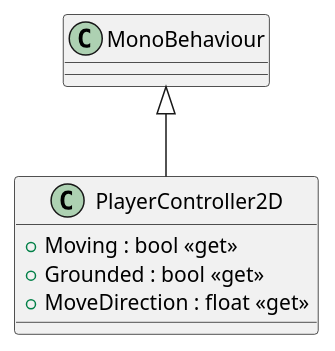
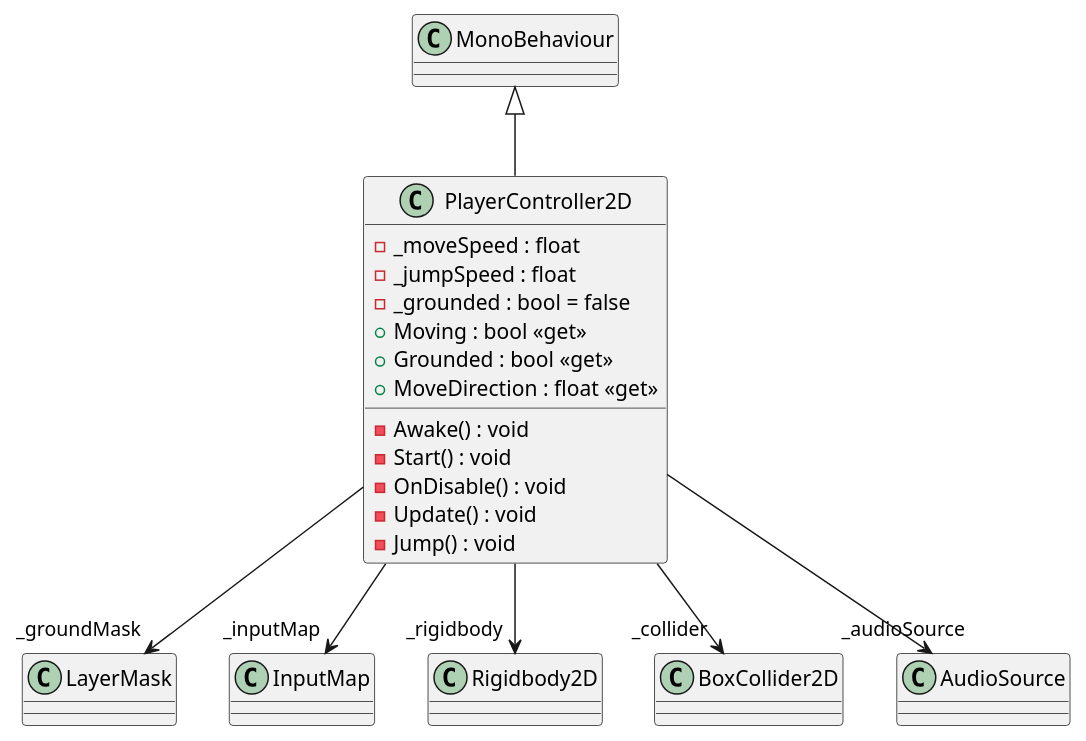
The diagram in UML/Player/PlayerController2D.puml (David-Denny/COMP3013-Team7), drawn with PlantUML before and after one commit. The commit also changed 49 other files, not shown here.

Commit message:
Generate UML (Generate UML)

```diff
--- a/UML/Player/PlayerController2D.puml
+++ b/UML/Player/PlayerController2D.puml
@@ -1,8 +1,21 @@
 @startuml
 class PlayerController2D {
+    - _moveSpeed : float
+    - _jumpSpeed : float
+    - _grounded : bool = false
     + Moving : bool <<get>>
     + Grounded : bool <<get>>
     + MoveDirection : float <<get>>
+    - Awake() : void
+    - Start() : void
+    - OnDisable() : void
+    - Update() : void
+    - Jump() : void
 }
 MonoBehaviour <|-- PlayerController2D
+PlayerController2D --> "_groundMask" LayerMask
+PlayerController2D --> "_inputMap" InputMap
+PlayerController2D --> "_rigidbody" Rigidbody2D
+PlayerController2D --> "_collider" BoxCollider2D
+PlayerController2D --> "_audioSource" AudioSource
 @enduml
```
